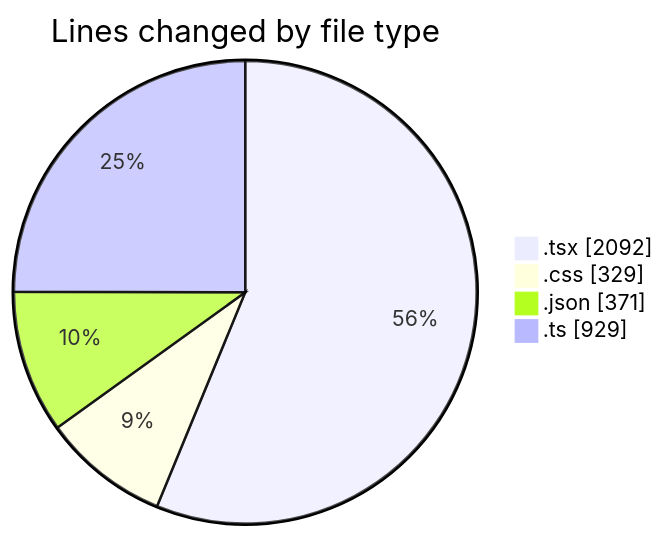
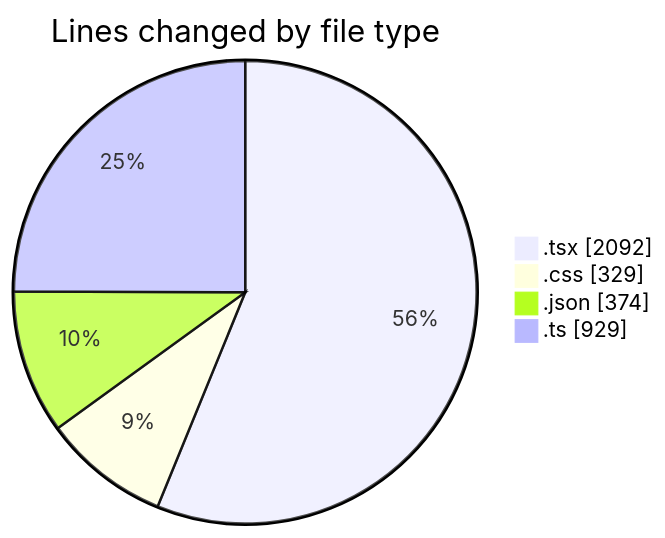
One commit to julien-gomy/code-tracking changed the first of 2 diagrams in 2025-10-10/eventscop-frontend-guide__workspace_/README.md. Above: the diagram before and after it, drawn with Mermaid. The commit also changed other lines of this file and 1 other file, not shown here.

````diff
--- a/2025-10-10/eventscop-frontend-guide__workspace_/README.md
+++ b/2025-10-10/eventscop-frontend-guide__workspace_/README.md
@@ -35,8 +35,8 @@
 ```mermaid
 pie showData
 title Lines changed by file type
 ".tsx" : 2092
 ".css" : 329
-".json" : 371
+".json" : 374
 ".ts" : 929
 ```
````
